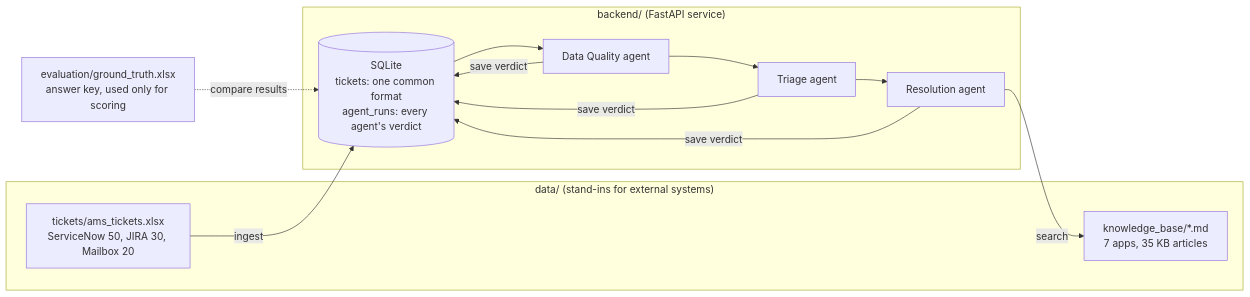
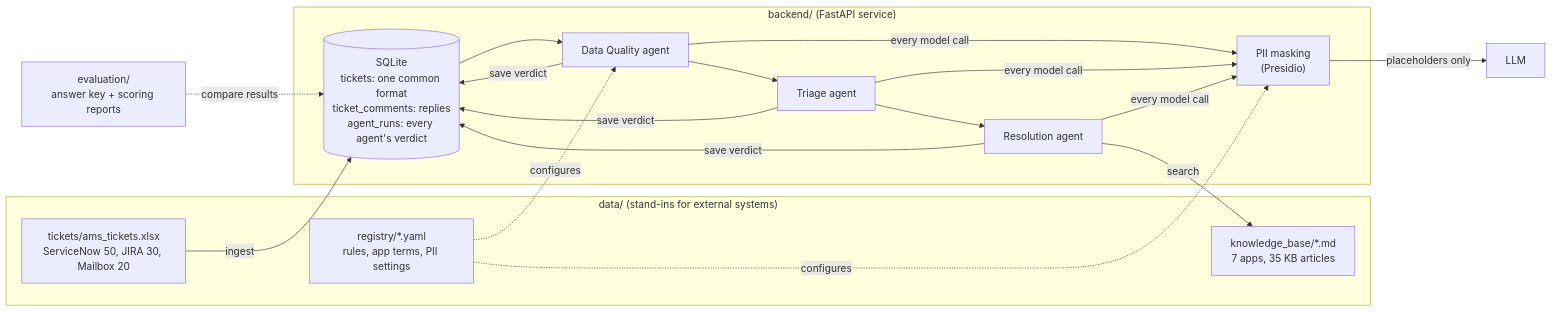
The diagram in README.md (pranavpawar2103/asm-agentic-incident-management), drawn with Mermaid before and after one commit. The commit also changed other lines of this file and 10 other files, not shown here.

Commit message:
Add PII masking with Presidio

````diff
--- a/README.md
+++ b/README.md
@@ -13,20 +13,25 @@
 ```mermaid
 flowchart LR
     subgraph data["data/ (stand-ins for external systems)"]
         tickets["tickets/ams_tickets.xlsx<br/>ServiceNow 50, JIRA 30, Mailbox 20"]
         kb["knowledge_base/*.md<br/>7 apps, 35 KB articles"]
+        registry["registry/*.yaml<br/>rules, app terms, PII settings"]
     end
 
     subgraph backend["backend/ (FastAPI service)"]
-        db[("SQLite<br/>tickets: one common format<br/>agent_runs: every agent's verdict")]
+        db[("SQLite<br/>tickets: one common format<br/>ticket_comments: replies<br/>agent_runs: every agent's verdict")]
         dq["Data Quality agent"] --> triage["Triage agent"] --> res["Resolution agent"]
+        mask["PII masking<br/>(Presidio)"]
     end
 
-    eval["evaluation/ground_truth.xlsx<br/>answer key, used only for scoring"]
+    llm["LLM"]
+    eval["evaluation/<br/>answer key + scoring reports"]
 
     tickets -- ingest --> db
     db --> dq
+    registry -. configures .-> dq & mask
+    dq & triage & res -- every model call --> mask -- placeholders only --> llm
     res -- search --> kb
     dq & triage & res -- save verdict --> db
     eval -. compare results .-> db
 ```
````
